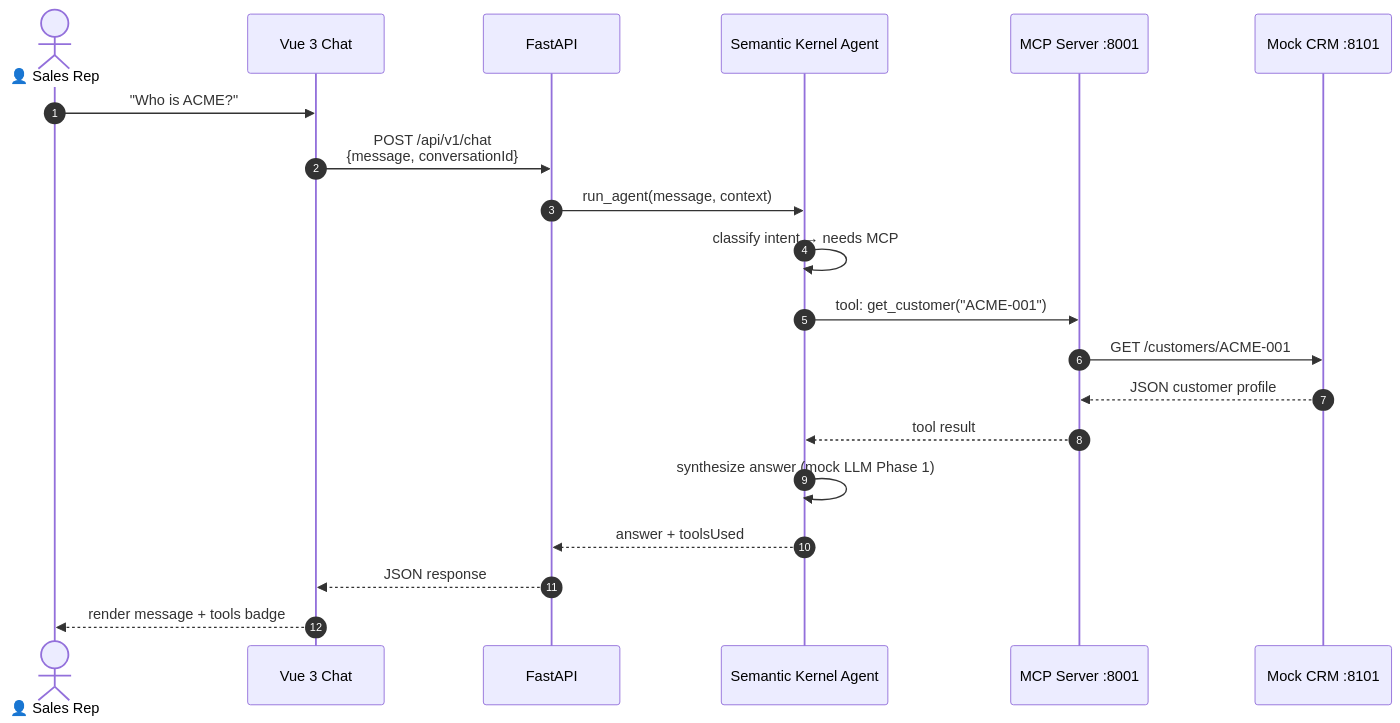
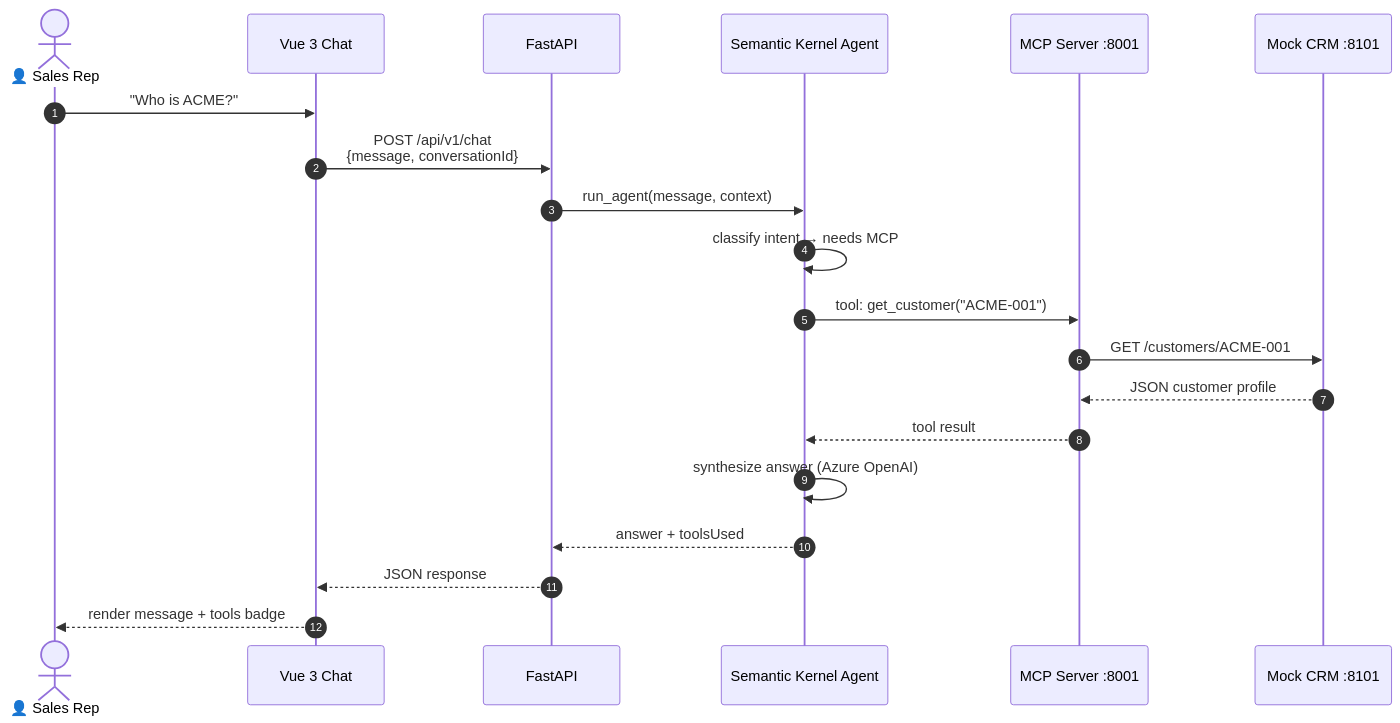
Before and after one commit to farukzahra/ms-poc: the first of 6 diagrams in docs/learn/03-request-flow.md, drawn with Mermaid. The commit also changed other lines of this file and 30 other files, not shown here.

````diff
--- a/docs/learn/03-request-flow.md
+++ b/docs/learn/03-request-flow.md
@@ -9,23 +9,23 @@
 ```mermaid
 sequenceDiagram
     autonumber
     actor User as 👤 Sales Rep
     participant Vue as Vue 3 Chat
     participant API as FastAPI
     participant SK as Semantic Kernel Agent
     participant MCP as MCP Server :8001
     participant CRM as Mock CRM :8101
 
     User->>Vue: "Who is ACME?"
     Vue->>API: POST /api/v1/chat<br/>{message, conversationId}
     API->>SK: run_agent(message, context)
     SK->>SK: classify intent → needs MCP
     SK->>MCP: tool: get_customer("ACME-001")
     MCP->>CRM: GET /customers/ACME-001
     CRM-->>MCP: JSON customer profile
     MCP-->>SK: tool result
-    SK->>SK: synthesize answer (mock LLM Phase 1)
+    SK->>SK: synthesize answer (Azure OpenAI)
     SK-->>API: answer + toolsUsed
     API-->>Vue: JSON response
     Vue-->>User: render message + tools badge
 ```
````
